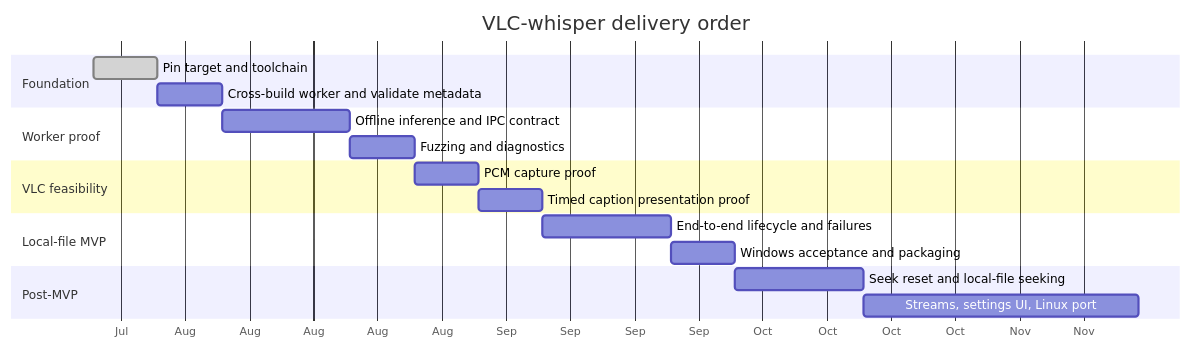
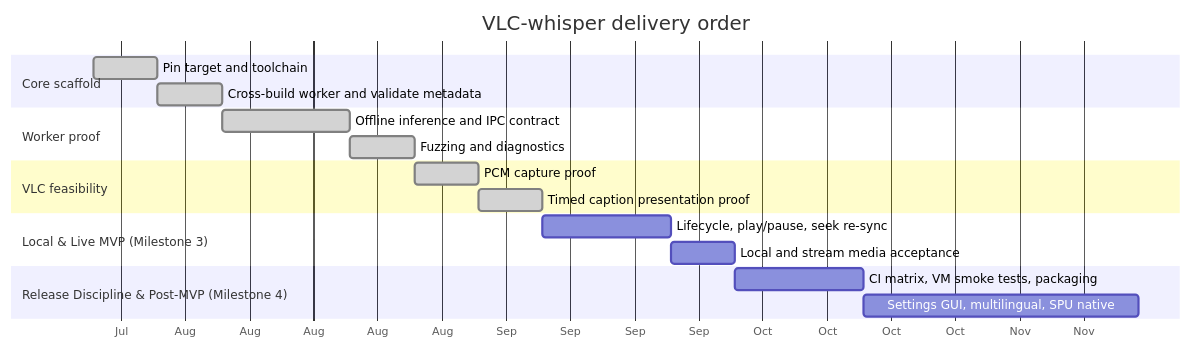
One commit to rzv04/vlc-whisper changed the seventh of 8 diagrams in docs/diagrams.md. Above: the diagram before and after it, drawn with Mermaid. The commit also changed other lines of this file, not shown here.

Commit message:
docs: update diagrams to reflect seeking/pause MVP support and restored Milestone 4

````diff
--- a/docs/diagrams.md
+++ b/docs/diagrams.md
@@ -143,21 +148,21 @@
 ```mermaid
 gantt
     title VLC-whisper delivery order
     dateFormat  YYYY-MM-DD
     axisFormat  %b
-    section Foundation
+    section Core scaffold
     Pin target and toolchain                 :done, m0a, 2026-07-23, 7d
-    Cross-build worker and validate metadata :m0b, after m0a, 7d
+    Cross-build worker and validate metadata :done, m0b, after m0a, 7d
     section Worker proof
-    Offline inference and IPC contract       :m1a, after m0b, 14d
-    Fuzzing and diagnostics                  :m1b, after m1a, 7d
+    Offline inference and IPC contract       :done, m1a, after m0b, 14d
+    Fuzzing and diagnostics                  :done, m1b, after m1a, 7d
     section VLC feasibility
-    PCM capture proof                        :m2a, after m1b, 7d
-    Timed caption presentation proof         :m2b, after m2a, 7d
-    section Local-file MVP
-    End-to-end lifecycle and failures        :m3a, after m2b, 14d
-    Windows acceptance and packaging         :m3b, after m3a, 7d
-    section Post-MVP
-    Seek reset and local-file seeking        :m4a, after m3b, 14d
-    Streams, settings UI, Linux port         :m4b, after m4a, 30d
+    PCM capture proof                        :done, m2a, after m1b, 7d
+    Timed caption presentation proof         :done, m2b, after m2a, 7d
+    section Local & Live MVP (Milestone 3)
+    Lifecycle, play/pause, seek re-sync      :m3a, after m2b, 14d
+    Local and stream media acceptance        :m3b, after m3a, 7d
+    section Release Discipline & Post-MVP (Milestone 4)
+    CI matrix, VM smoke tests, packaging     :m4a, after m3b, 14d
+    Settings GUI, multilingual, SPU native   :m4b, after m4a, 30d
 ```
````
